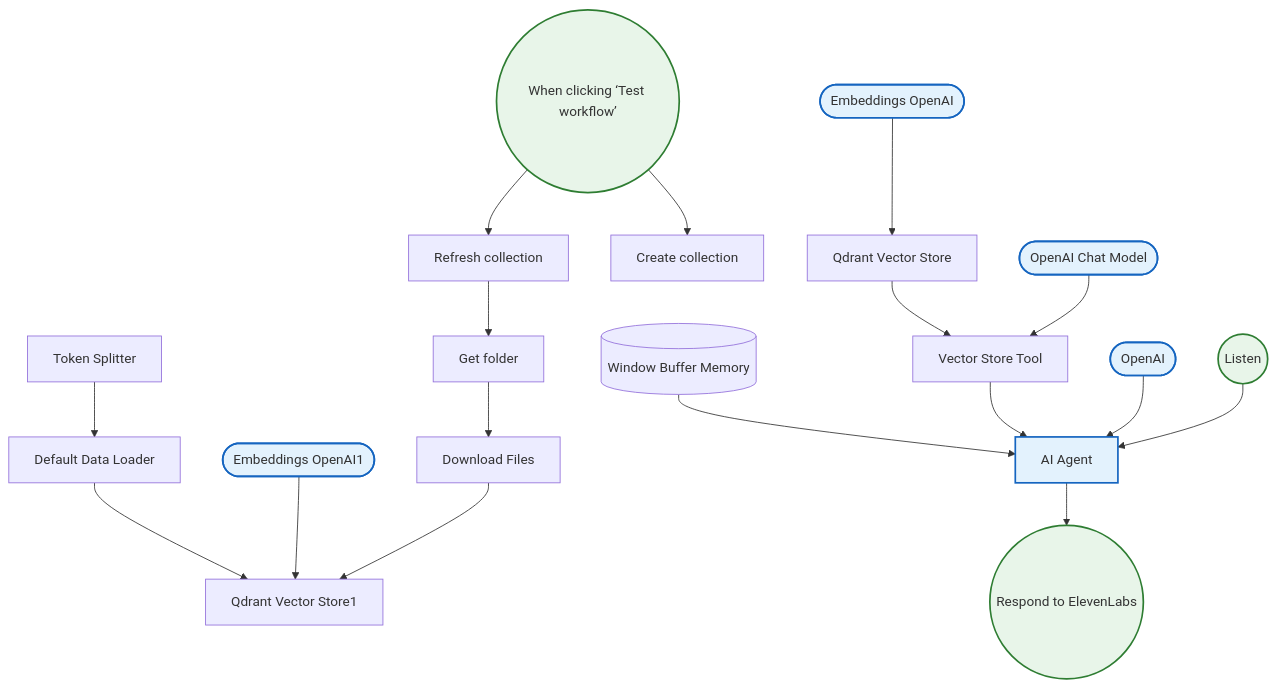
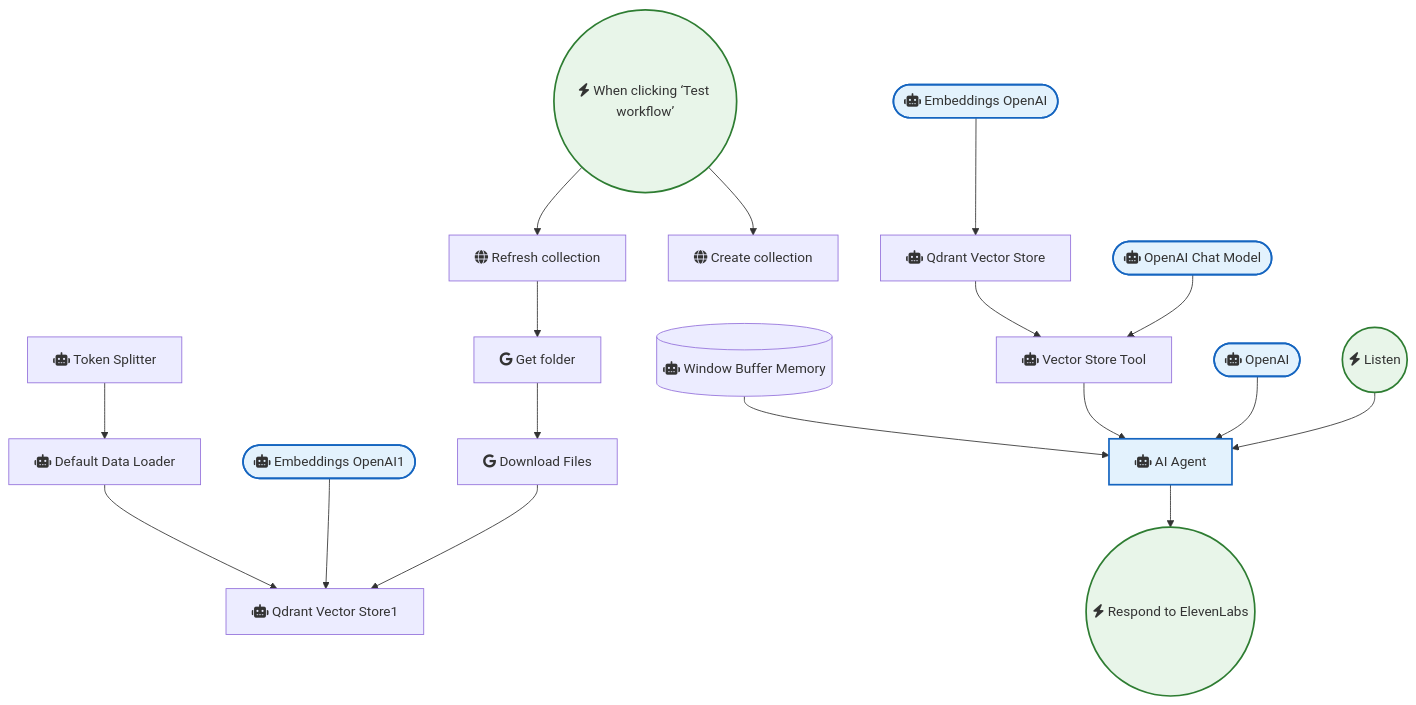
One commit to sreyash3105/N8N-DEMO-AUTOMATIONS changed the diagram in OpenAI_and_LLMs/Voice Rag Chatbot with Elevenlabs and Openai.md. Above: the diagram before and after it, drawn with Mermaid. The commit also changed 291 other files, not shown here.

````diff
--- a/OpenAI_and_LLMs/Voice Rag Chatbot with Elevenlabs and Openai.md
+++ b/OpenAI_and_LLMs/Voice Rag Chatbot with Elevenlabs and Openai.md
@@ -1,42 +1,42 @@
 ```mermaid
 graph TD
     classDef trigger fill:#e8f5e9,stroke:#2e7d32,stroke-width:2px;
     classDef ai fill:#e3f2fd,stroke:#1565c0,stroke-width:2px;
     classDef logic fill:#fff3e0,stroke:#ef6c00,stroke-width:2px;
 
-    AI_Agent["AI Agent"]:::ai
-    Vector_Store_Tool["Vector Store Tool"]
-    Qdrant_Vector_Store["Qdrant Vector Store"]
-    Embeddings_OpenAI(["Embeddings OpenAI"]):::ai
-    When_clicking__Test_workflow_(("When clicking ‘Test workflow’")):::trigger
-    Create_collection["Create collection"]
-    Refresh_collection["Refresh collection"]
-    Get_folder["Get folder"]
-    Download_Files["Download Files"]
-    Default_Data_Loader["Default Data Loader"]
-    Token_Splitter["Token Splitter"]
-    Qdrant_Vector_Store1["Qdrant Vector Store1"]
-    Embeddings_OpenAI1(["Embeddings OpenAI1"]):::ai
-    Respond_to_ElevenLabs(("Respond to ElevenLabs")):::trigger
-    OpenAI(["OpenAI"]):::ai
-    Listen(("Listen")):::trigger
-    Window_Buffer_Memory[("Window Buffer Memory")]
-    OpenAI_Chat_Model(["OpenAI Chat Model"]):::ai
+    AI_Agent["fas:fa-robot AI Agent"]:::ai
+    Vector_Store_Tool["fas:fa-robot Vector Store Tool"]
+    Qdrant_Vector_Store["fas:fa-robot Qdrant Vector Store"]
+    Embeddings_OpenAI(["fas:fa-robot Embeddings OpenAI"]):::ai
+    When_clicking__Test_workflow_(("fas:fa-bolt When clicking ‘Test workflow’")):::trigger
+    Create_collection["fas:fa-globe Create collection"]
+    Refresh_collection["fas:fa-globe Refresh collection"]
+    Get_folder["fab:fa-google Get folder"]
+    Download_Files["fab:fa-google Download Files"]
+    Default_Data_Loader["fas:fa-robot Default Data Loader"]
+    Token_Splitter["fas:fa-robot Token Splitter"]
+    Qdrant_Vector_Store1["fas:fa-robot Qdrant Vector Store1"]
+    Embeddings_OpenAI1(["fas:fa-robot Embeddings OpenAI1"]):::ai
+    Respond_to_ElevenLabs(("fas:fa-bolt Respond to ElevenLabs")):::trigger
+    OpenAI(["fas:fa-robot OpenAI"]):::ai
+    Listen(("fas:fa-bolt Listen")):::trigger
+    Window_Buffer_Memory[("fas:fa-robot Window Buffer Memory")]
+    OpenAI_Chat_Model(["fas:fa-robot OpenAI Chat Model"]):::ai
 
     Listen --> AI_Agent
     OpenAI --> AI_Agent
     AI_Agent --> Respond_to_ElevenLabs
     Get_folder --> Download_Files
     Download_Files --> Qdrant_Vector_Store1
     Token_Splitter --> Default_Data_Loader
     Embeddings_OpenAI --> Qdrant_Vector_Store
     OpenAI_Chat_Model --> Vector_Store_Tool
     Vector_Store_Tool --> AI_Agent
     Embeddings_OpenAI1 --> Qdrant_Vector_Store1
     Refresh_collection --> Get_folder
     Default_Data_Loader --> Qdrant_Vector_Store1
     Qdrant_Vector_Store --> Vector_Store_Tool
     Window_Buffer_Memory --> AI_Agent
     When_clicking__Test_workflow_ --> Create_collection
     When_clicking__Test_workflow_ --> Refresh_collection
 ```
````
